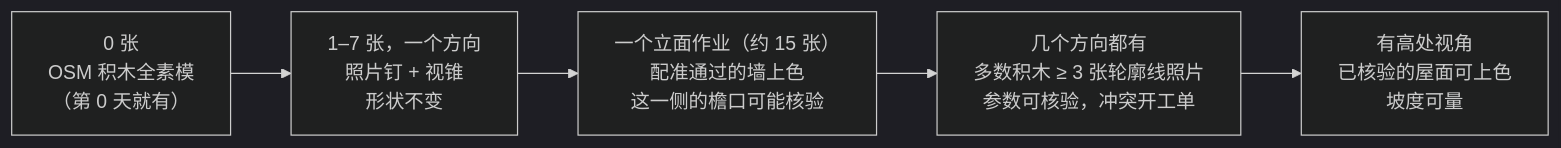
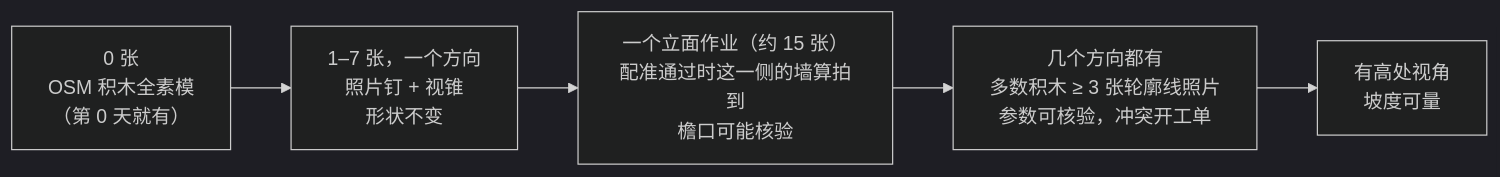
One commit to h2zh/temp changed the third of 5 diagrams in docs/STRUCTURE_FIRST.md. Above: the diagram before and after it, drawn with Mermaid (dark theme). The commit also changed other lines of this file and 9 other files, not shown here.

````diff
--- a/docs/STRUCTURE_FIRST.md
+++ b/docs/STRUCTURE_FIRST.md
@@ -488,7 +485,7 @@
 ```mermaid
 flowchart LR
   N0["0 张<br/>OSM 积木全素模<br/>（第 0 天就有）"] --> N1["1–7 张，一个方向<br/>照片钉 + 视锥<br/>形状不变"]
-  N1 --> N2["一个立面作业（约 15 张）<br/>配准通过的墙上色<br/>这一侧的檐口可能核验"]
+  N1 --> N2["一个立面作业（约 15 张）<br/>配准通过时这一侧的墙算拍到<br/>檐口可能核验"]
   N2 --> N3["几个方向都有<br/>多数积木 ≥ 3 张轮廓线照片<br/>参数可核验，冲突开工单"]
-  N3 --> N4["有高处视角<br/>已核验的屋面可上色<br/>坡度可量"]
+  N3 --> N4["有高处视角<br/>坡度可量"]
 ```
````
